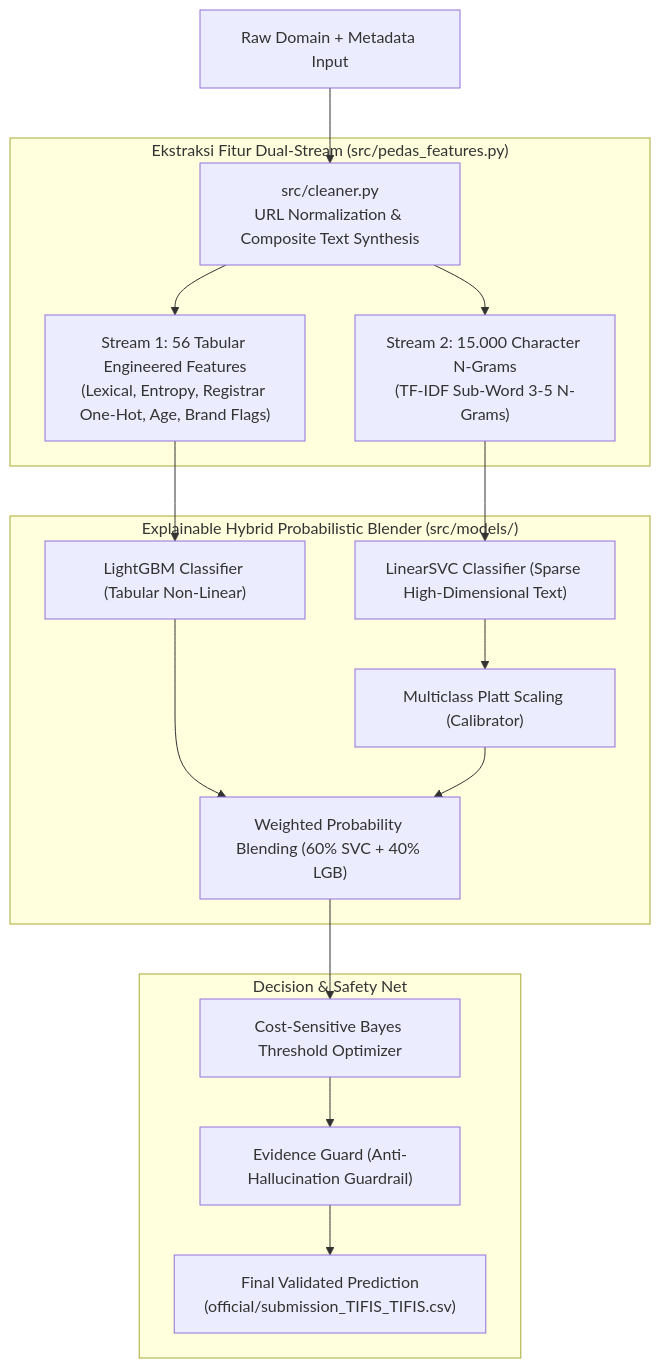
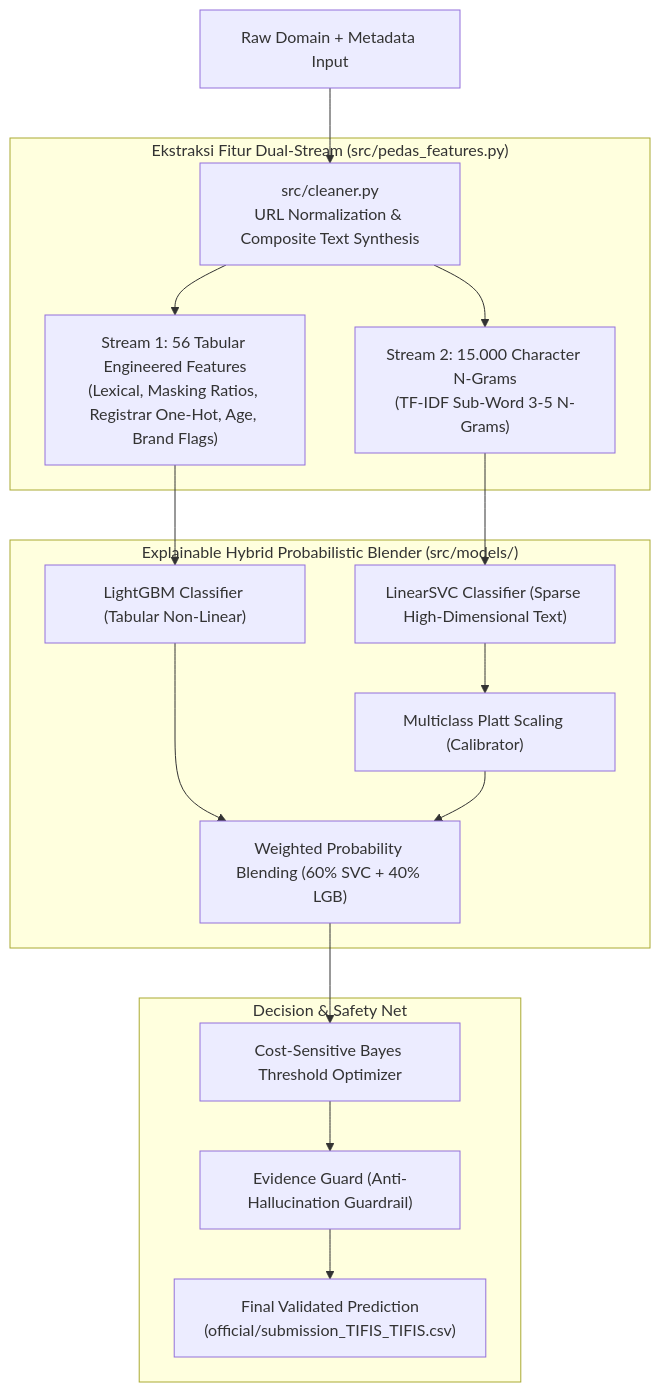
The first of 2 diagrams in README.md (caerdfasgrae/PEDAS-2026), drawn with Mermaid before and after one commit. The commit also changed other lines of this file and 2 other files, not shown here.

Commit message:
docs: document complete 56 tabular features taxonomy, synchronize speaker notes, and track colab submission

````diff
--- a/README.md
+++ b/README.md
@@ -118,22 +118,22 @@
 ```mermaid
 flowchart TD
     A["Raw Domain + Metadata Input"] --> B["src/cleaner.py<br/>URL Normalization & Composite Text Synthesis"]
     
     subgraph FE ["Ekstraksi Fitur Dual-Stream (src/pedas_features.py)"]
-        B --> B1["Stream 1: 56 Tabular Engineered Features<br/>(Lexical, Entropy, Registrar One-Hot, Age, Brand Flags)"]
+        B --> B1["Stream 1: 56 Tabular Engineered Features<br/>(Lexical, Masking Ratios, Registrar One-Hot, Age, Brand Flags)"]
         B --> B2["Stream 2: 15.000 Character N-Grams<br/>(TF-IDF Sub-Word 3-5 N-Grams)"]
     end
     
     subgraph Blender ["Explainable Hybrid Probabilistic Blender (src/models/)"]
         B1 --> M1["LightGBM Classifier (Tabular Non-Linear)"]
         B2 --> M2["LinearSVC Classifier (Sparse High-Dimensional Text)"]
         M2 --> CAL["Multiclass Platt Scaling (Calibrator)"]
         M1 & CAL --> COMB["Weighted Probability Blending (60% SVC + 40% LGB)"]
     end
     
     subgraph DecisionEngine ["Decision & Safety Net"]
         COMB --> THRESH["Cost-Sensitive Bayes Threshold Optimizer"]
         THRESH --> GUARD["Evidence Guard (Anti-Hallucination Guardrail)"]
         GUARD --> OUT["Final Validated Prediction<br/>(official/submission_TIFIS_TIFIS.csv)"]
     end
 ```
````
